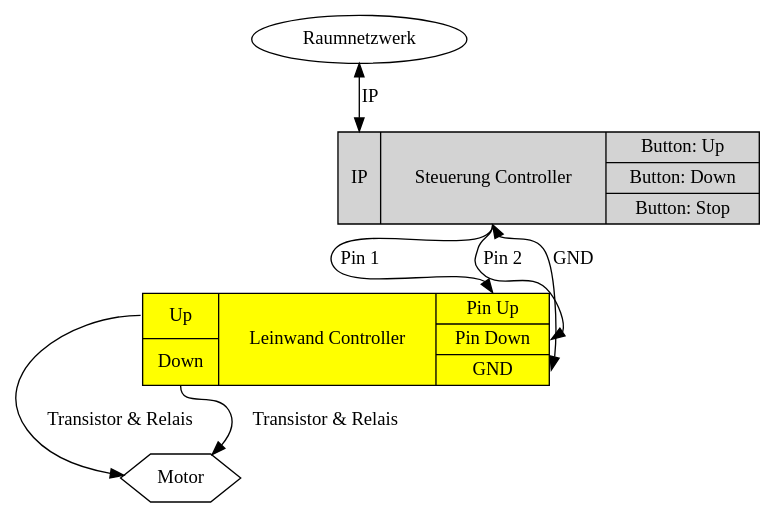
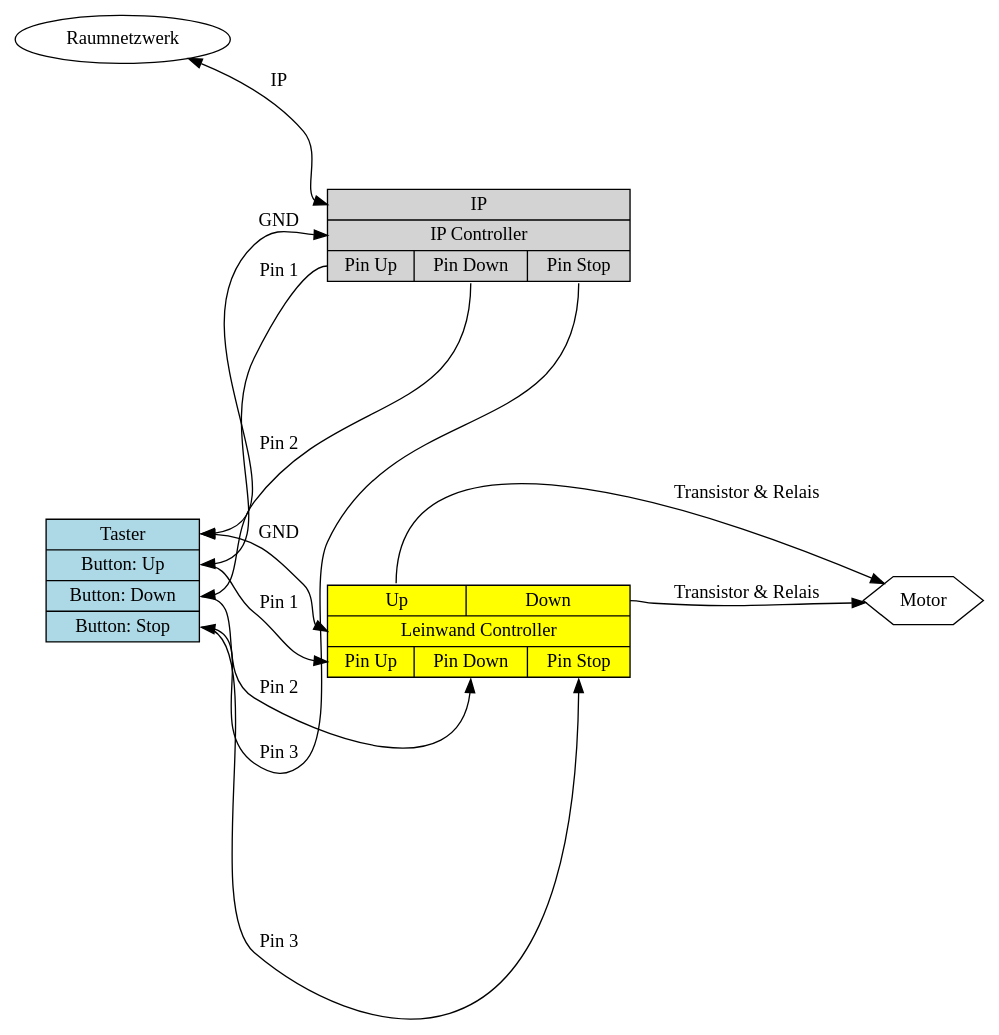
Before and after one commit to C3MA/MotorLeinwand: the diagram in doc/setup.dot, drawn with Graphviz.

Commit message:
New big picture

```diff
--- a/doc/setup.dot
+++ b/doc/setup.dot
@@ -1,21 +1,29 @@
 digraph Setup {
 
-nodesep=0.9
+nodesep=0.9;
+rankdir=LR;
+
 node	[shape=record style=filled];
 
-LW 	[ label="{ <up> Up | <down> Down } | <f0> Leinwand Controller | { <pin1> Pin Up | <pin2> Pin Down | <pin3> GND } " fillcolor=yellow ];
-Cont	[ label="<ip> IP | <f0> Steuerung Controller|{ <up> Button: Up|<down> Button: Down|<stop> Button: Stop }" ];
+LW 	[ label="{ <up> Up | <down> Down } | <f0> Leinwand Controller | { <pin1> Pin Up | <pin2> Pin Down | <pin3> Pin Stop } " fillcolor=yellow ];
+Cont	[ label="<f0> Taster | <up> Button: Up|<down> Button: Down|<stop> Button: Stop " fillcolor=lightblue ];
+IPcont	[ label="<ip> IP | <f0> IP Controller | { <pin1> Pin Up | <pin2> Pin Down | <pin3> Pin Stop }" ];
 Motor	[ label="Motor" shape=hexagon style=solid];
 Raum	[ label="Raumnetzwerk" shape=oval style=solid];
 
-Cont:f0->LW:pin1 [ label="Pin 1" ];
-Cont:f0->LW:pin2 [ label="Pin 2" ];
-Cont:f0->LW:pin3 [ label="GND" , dir="both" ];
+Cont:up->LW:pin1 [ label="Pin 1" ];
+Cont:down->LW:pin2 [ label="Pin 2" ];
+Cont:stop->LW:pin3 [ label="Pin 3" ];
+Cont:f0->LW:f0 [ label="GND" , dir="both" ];
+IPcont:pin1->Cont:up [ label="Pin 1" ];
+IPcont:pin2->Cont:down [ label="Pin 2" ];
+IPcont:pin3->Cont:stop [ label="Pin 3" ];
+Cont:f0->IPcont:f0 [ label="GND" , dir="both" ];
 //Cont:f0->LW:spi;
 LW:up->Motor [ label="Transistor & Relais" ];
 LW:down->Motor [ label="Transistor & Relais" ];
 
 //Cont:ip->Raum:f0 [ label="IP" ];
-Raum->Cont:ip [ label="IP", dir="both" ];
+Raum->IPcont:ip [ label="IP", dir="both" ];
 
 }
```
